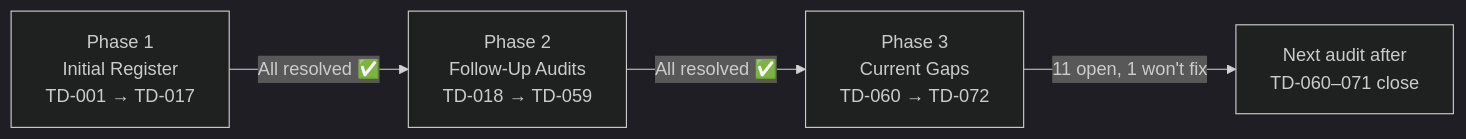
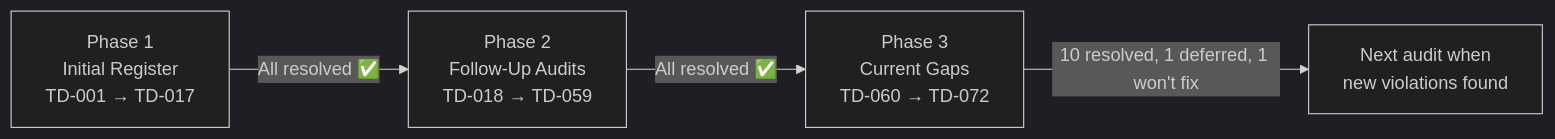
The diagram in docs/tech-debt.md (PedroFabrino/volleymatch), drawn with Mermaid (dark theme) before and after one commit. The commit also changed other lines of this file and 2 other files, not shown here.

Commit message:
docs(TD-071): document database.ts size exception and close audit #7

````diff
--- a/docs/tech-debt.md
+++ b/docs/tech-debt.md
@@ -34,9 +35,9 @@
 ```mermaid
 flowchart LR
   P1["Phase 1\nInitial Register\nTD-001 → TD-017"]
   P2["Phase 2\nFollow-Up Audits\nTD-018 → TD-059"]
   P3["Phase 3\nCurrent Gaps\nTD-060 → TD-072"]
   P1 -->|"All resolved ✅"| P2
   P2 -->|"All resolved ✅"| P3
-  P3 -->|"11 open, 1 won't fix"| Next["Next audit after\nTD-060–071 close"]
+  P3 -->|"10 resolved, 1 deferred, 1 won't fix"| Next["Next audit when\nnew violations found"]
 ```
````
